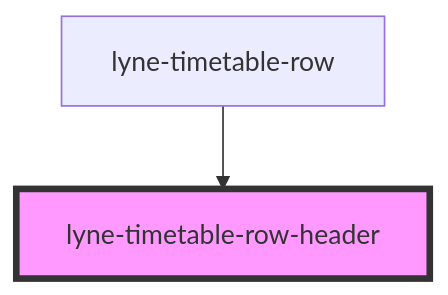
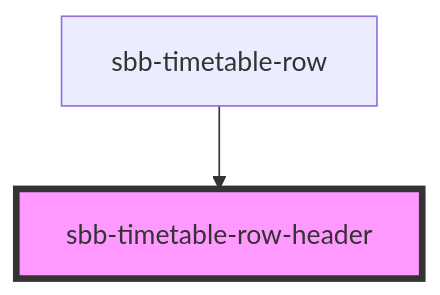
Before and after one commit to sbb-design-systems/lyne-components: the diagram in src/components/sbb-timetable-row-header/readme.md, drawn with Mermaid. The commit also changed other lines of this file and 348 other files, not shown here.

Commit message:
refactor: 'lyne' prefix renamed to 'sbb'

````diff
--- a/src/components/sbb-timetable-row-header/readme.md
+++ b/src/components/sbb-timetable-row-header/readme.md
@@ -23,5 +23,5 @@
 ```mermaid
 graph TD;
-  lyne-timetable-row --> lyne-timetable-row-header
-  style lyne-timetable-row-header fill:#f9f,stroke:#333,stroke-width:4px
+  sbb-timetable-row --> sbb-timetable-row-header
+  style sbb-timetable-row-header fill:#f9f,stroke:#333,stroke-width:4px
 ```
````
